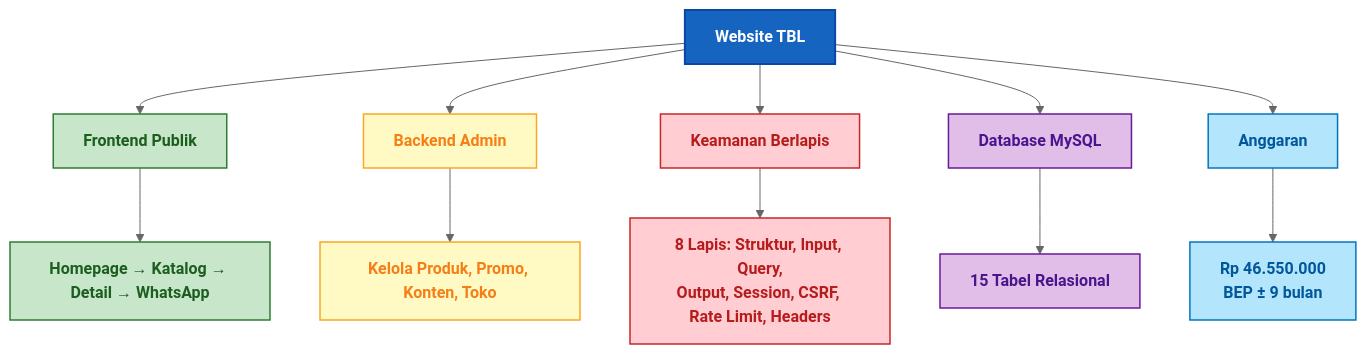
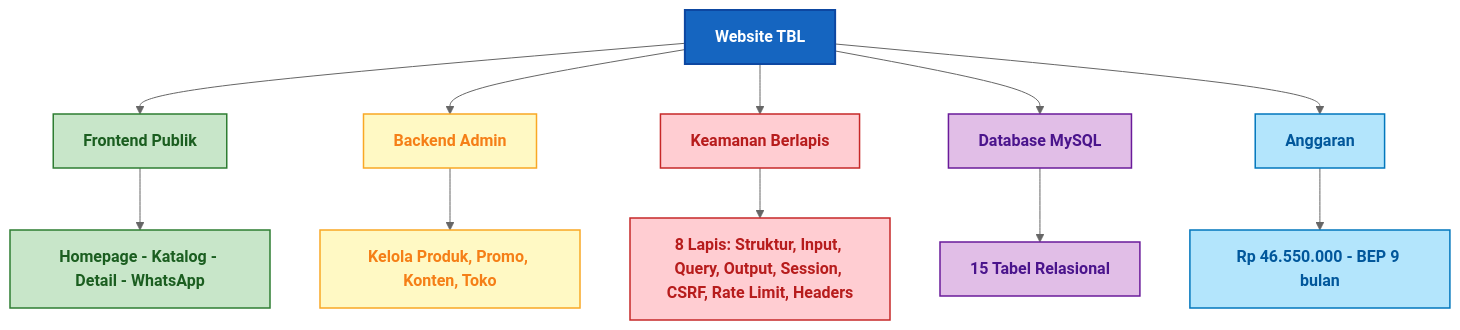
Diagram 19 of 19 in README.md (sekarpratama/project1), drawn with Mermaid (neutral theme) before and after one commit. The commit also changed other lines of this file, not shown here.

````diff
--- a/README.md
+++ b/README.md
@@ -1293,29 +1344,33 @@
 ```mermaid
 flowchart TB
     A["Website TBL"]:::root
-
     B["Frontend Publik"]:::pub
     C["Backend Admin"]:::adm
     D["Keamanan Berlapis"]:::sec
     E["Database MySQL"]:::data
     F["Anggaran"]:::ang
 
-    B1["Homepage → Katalog → Detail → WhatsApp"]:::pub
+    B1["Homepage - Katalog - Detail - WhatsApp"]:::pub
     C1["Kelola Produk, Promo, Konten, Toko"]:::adm
-    D1["8 Lapis: Struktur, Input, Query,<br/>Output, Session, CSRF, Rate Limit, Headers"]:::sec
+    D1["8 Lapis: Struktur, Input, Query, Output, Session, CSRF, Rate Limit, Headers"]:::sec
     E1["15 Tabel Relasional"]:::data
-    F1["Rp 46.550.000<br/>BEP ± 9 bulan"]:::ang
+    F1["Rp 46.550.000 - BEP 9 bulan"]:::ang
 
-    A --> B --> B1
-    A --> C --> C1
-    A --> D --> D1
-    A --> E --> E1
-    A --> F --> F1
+    A --> B
+    A --> C
+    A --> D
+    A --> E
+    A --> F
+    B --> B1
+    C --> C1
+    D --> D1
+    E --> E1
+    F --> F1
 
     classDef root fill:#1565c0,stroke:#0d47a1,stroke-width:2px,color:#ffffff,font-weight:bold
     classDef pub fill:#c8e6c9,stroke:#2e7d32,stroke-width:1.5px,color:#1b5e20
     classDef adm fill:#fff9c4,stroke:#f9a825,stroke-width:1.5px,color:#f57f17
     classDef sec fill:#ffcdd2,stroke:#c62828,stroke-width:1.5px,color:#b71c1c
     classDef data fill:#e1bee7,stroke:#6a1b9a,stroke-width:1.5px,color:#4a148c
     classDef ang fill:#b3e5fc,stroke:#0277bd,stroke-width:1.5px,color:#01579b
 ```
````
